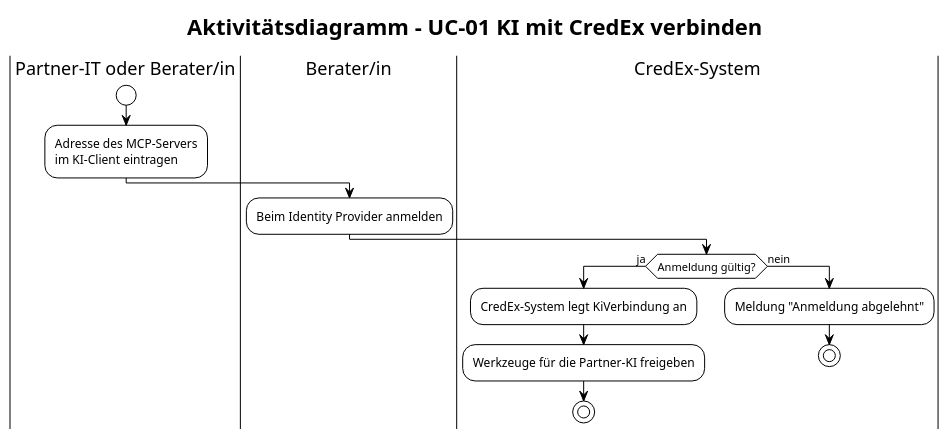
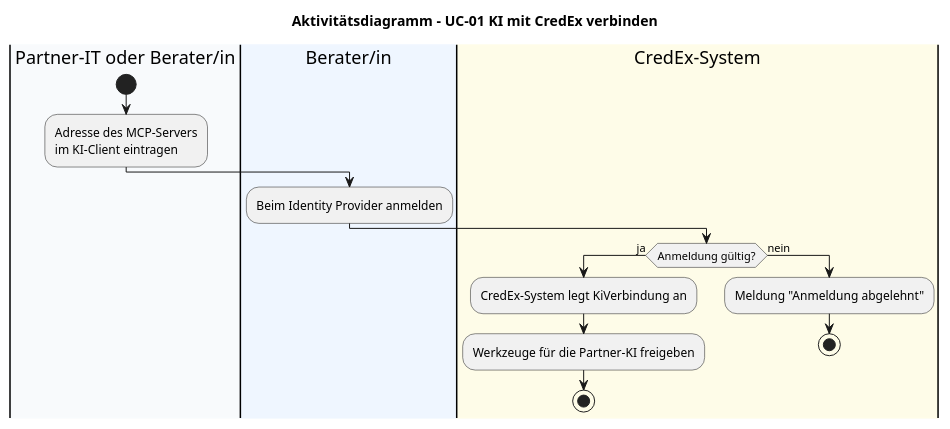
One commit to chocobear26/credex-cas changed the diagram in content/use_case/ki_verbinden/kiVerbinden.puml. Above: the diagram before and after it, drawn with PlantUML. The commit also changed 43 other files, not shown here.

First line of the commit message:
v1.1 Lesbarere Diagramme: PlantUML-Stil, Soll-Prozess als BPMN, Systemkontext in D2

```diff
--- a/content/use_case/ki_verbinden/kiVerbinden.puml
+++ b/content/use_case/ki_verbinden/kiVerbinden.puml
@@ -1,19 +1,18 @@
 @startuml kiVerbinden
-!theme plain
 title Aktivitätsdiagramm – UC-01 KI mit CredEx verbinden
-|Partner-IT oder Berater/in|
+|#F8FAFC|Partner-IT oder Berater/in|
 start
 :Adresse des MCP-Servers\nim KI-Client eintragen;
-|Berater/in|
+|#EFF6FF|Berater/in|
 :Beim Identity Provider anmelden;
-|CredEx-System|
+|#FEFCE8|CredEx-System|
 if (Anmeldung gültig?) then (ja)
   :CredEx-System legt KiVerbindung an;
   :Werkzeuge für die Partner-KI freigeben;
   stop
 else (nein)
   :Meldung "Anmeldung abgelehnt";
   stop
 endif
 
 @enduml
```
